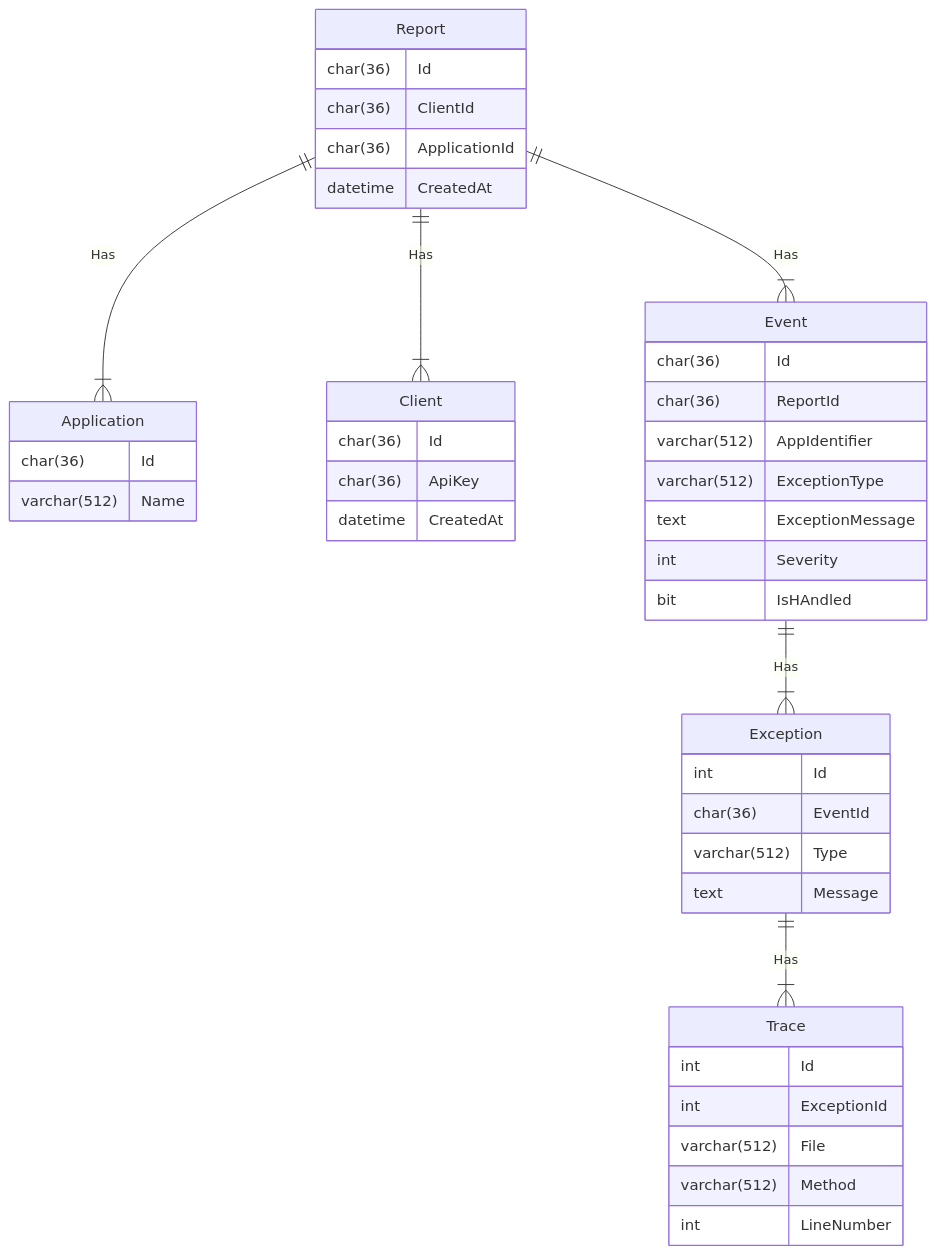
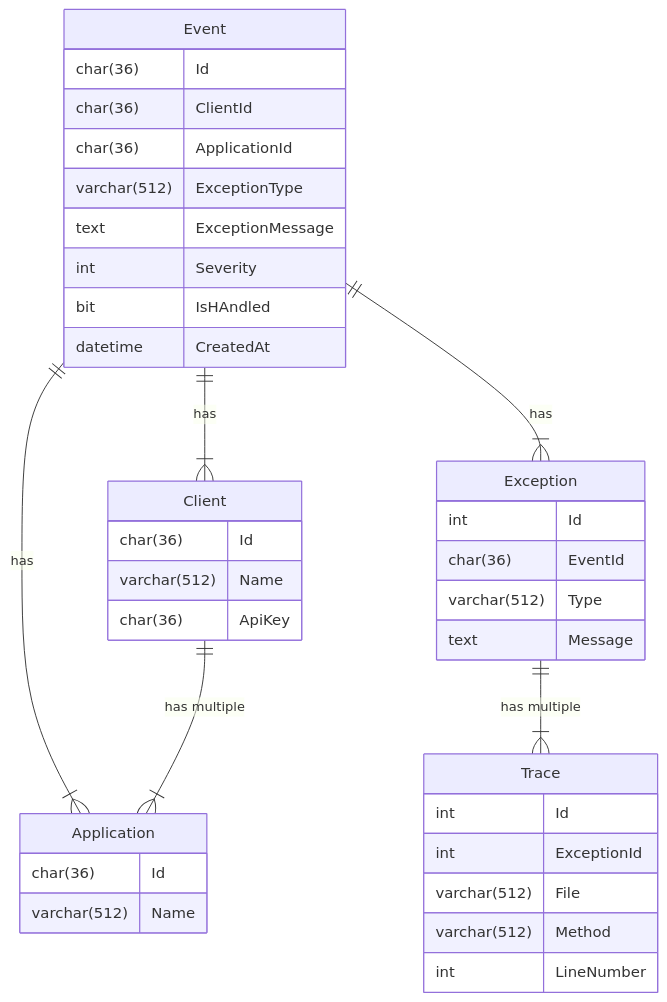
One commit to kwtc/error-monitoring changed the diagram in README.md. Above: the diagram before and after it, drawn with Mermaid. The commit also changed other lines of this file, not shown here.

````diff
--- a/README.md
+++ b/README.md
@@ -31,45 +31,40 @@
 ```mermaid
 erDiagram
-Report {
-    char(36) Id
-    char(36) ClientId
-    char(36) ApplicationId
-    datetime CreatedAt
-}
 Application {
     char(36) Id
     varchar(512) Name
 }
 Client {
     char(36) Id
+    varchar(512) Name
     char(36) ApiKey
-    datetime CreatedAt
 }
 Event {
     char(36) Id
-    char(36) ReportId
-    varchar(512) AppIdentifier
+    char(36) ClientId
+    char(36) ApplicationId
     varchar(512) ExceptionType
     text ExceptionMessage
     int Severity
     bit IsHAndled
+    datetime CreatedAt
 }
 Exception {
     int Id
     char(36) EventId
     varchar(512) Type
     text Message
 }
 Trace {
     int Id
     int ExceptionId
     varchar(512) File
     varchar(512) Method
     int LineNumber
 }
-Report ||--|{ Client : "Has"
-Report ||--|{ Application : "Has"
-Report ||--|{ Event : "Has"
-Event ||--|{ Exception : "Has"
-Exception ||--|{ Trace : "Has"
+Event ||--|{ Client : "has"
+Event ||--|{ Application : "has"
+Event ||--|{ Exception : "has"
+Exception ||--|{ Trace : "has multiple"
+Client ||--|{ Application : "has multiple"
 ```
````
